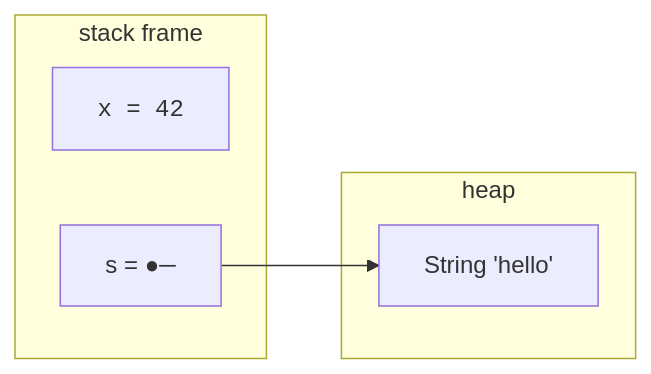
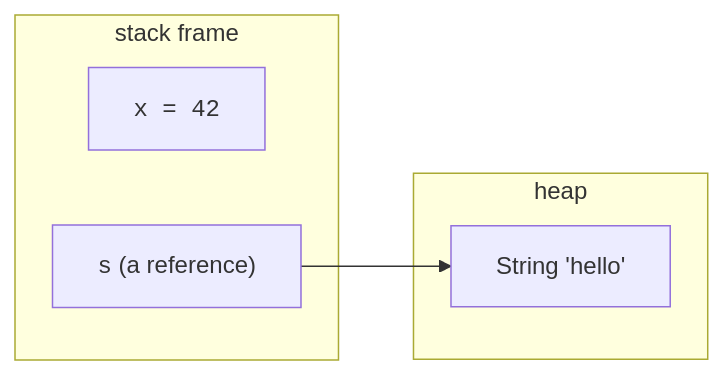
Before and after one commit to dataslope/dataslope: the second of 5 diagrams in content/courses/java-programming-for-beginners/stack-and-heap.mdx, drawn with Mermaid. The commit also changed other lines of this file and 283 other files, not shown here.

First line of the commit message:
Diagrams as elements, not characters: fix the box model, sweep the corpus, and make syntax breakdowns a convention (#652)

````diff
--- a/content/courses/java-programming-for-beginners/stack-and-heap.mdx
+++ b/content/courses/java-programming-for-beginners/stack-and-heap.mdx
@@ -70,11 +70,11 @@
 ```mermaid
 flowchart LR
     subgraph S[stack frame]
         X["<code>x = 42</code>"]
-        SREF["s = ●─"]
+        SREF["<code>s</code> (a reference)"]
     end
     subgraph H[heap]
         STR["String 'hello'"]
     end
     SREF --> STR
 ```
````
